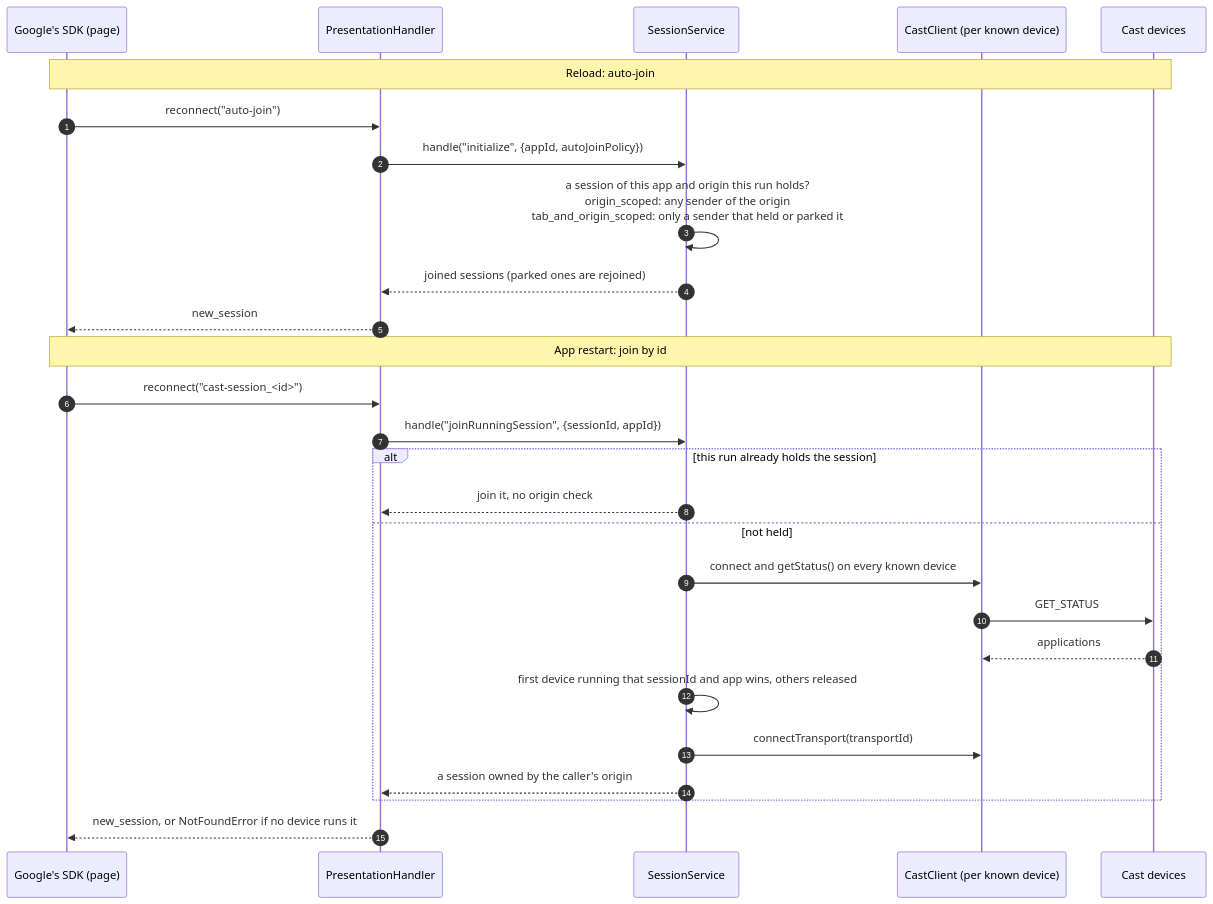
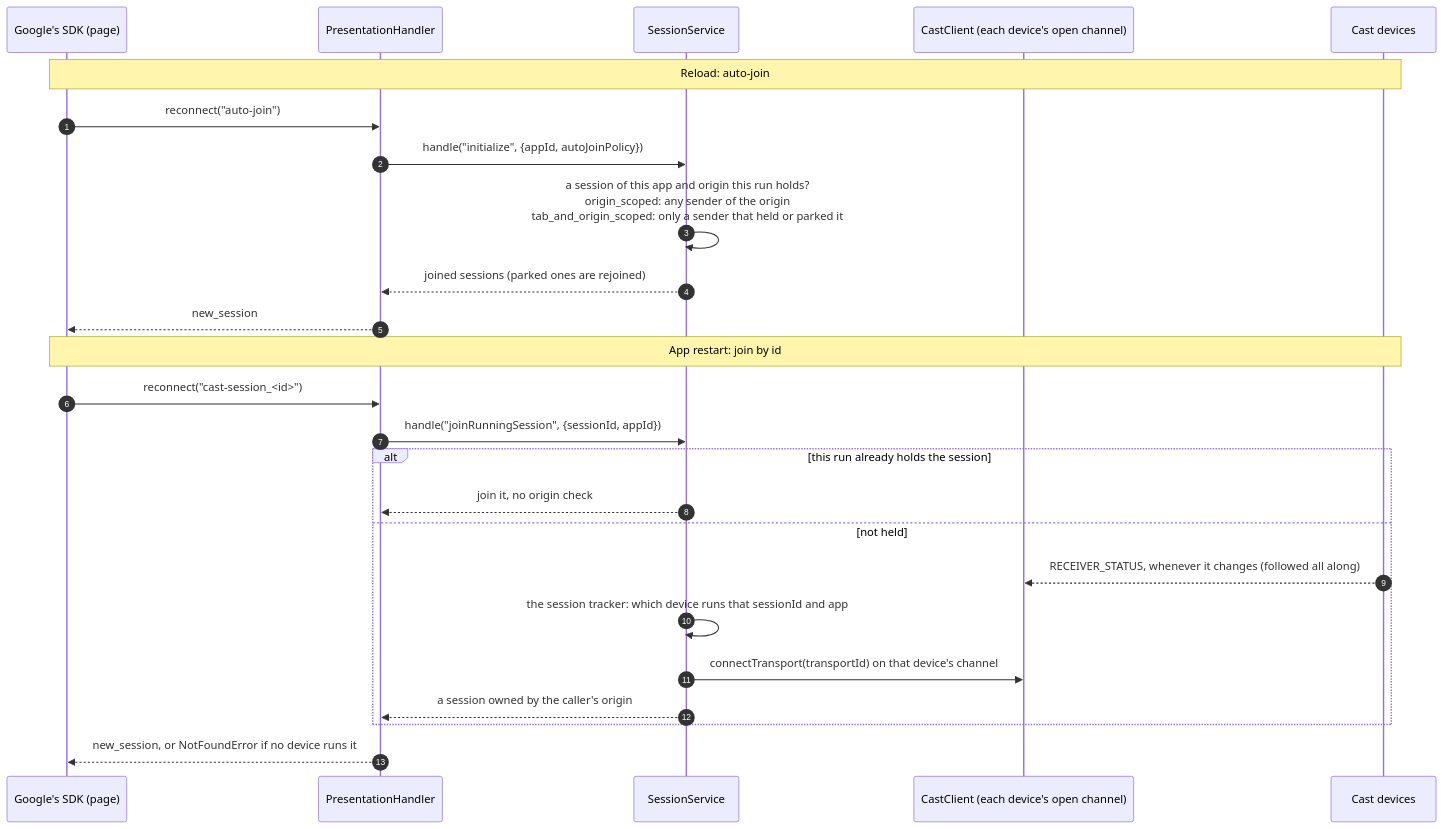
The fourth of 5 diagrams in docs/ARCHITECTURE.md (adammpkins/electron-cast), drawn with Mermaid before and after one commit. The commit also changed other lines of this file and 15 other files, not shown here.

````diff
--- a/docs/ARCHITECTURE.md
+++ b/docs/ARCHITECTURE.md
@@ -143,31 +148,29 @@
 ```mermaid
 sequenceDiagram
   autonumber
   participant SDK as Google's SDK (page)
   participant H as PresentationHandler
   participant S as SessionService
-  participant C as CastClient (per known device)
+  participant C as CastClient (each device's open channel)
   participant D as Cast devices
 
   Note over SDK,D: Reload: auto-join
   SDK->>H: reconnect("auto-join")
   H->>S: handle("initialize", {appId, autoJoinPolicy})
   S->>S: a session of this app and origin this run holds?<br/>origin_scoped: any sender of the origin<br/>tab_and_origin_scoped: only a sender that held or parked it
   S-->>H: joined sessions (parked ones are rejoined)
   H-->>SDK: new_session
 
   Note over SDK,D: App restart: join by id
   SDK->>H: reconnect("cast-session_<id>")
   H->>S: handle("joinRunningSession", {sessionId, appId})
   alt this run already holds the session
     S-->>H: join it, no origin check
   else not held
-    S->>C: connect and getStatus() on every known device
-    C->>D: GET_STATUS
-    D-->>C: applications
-    S->>S: first device running that sessionId and app wins, others released
-    S->>C: connectTransport(transportId)
+    D-->>C: RECEIVER_STATUS, whenever it changes (followed all along)
+    S->>S: the session tracker: which device runs that sessionId and app
+    S->>C: connectTransport(transportId) on that device's channel
     S-->>H: a session owned by the caller's origin
   end
   H-->>SDK: new_session, or NotFoundError if no device runs it
 ```
````
